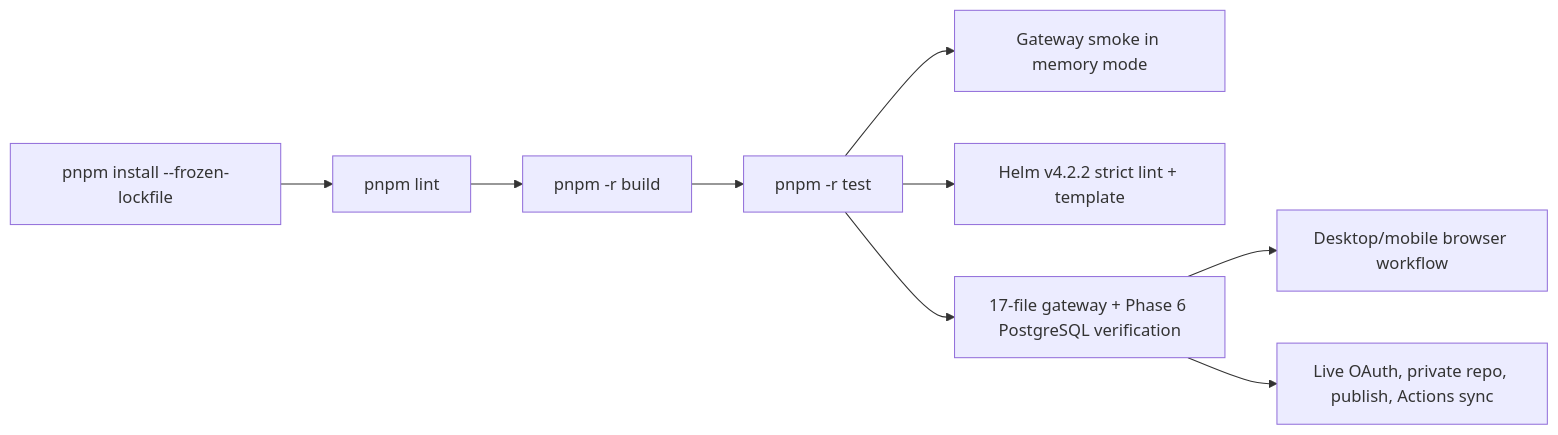
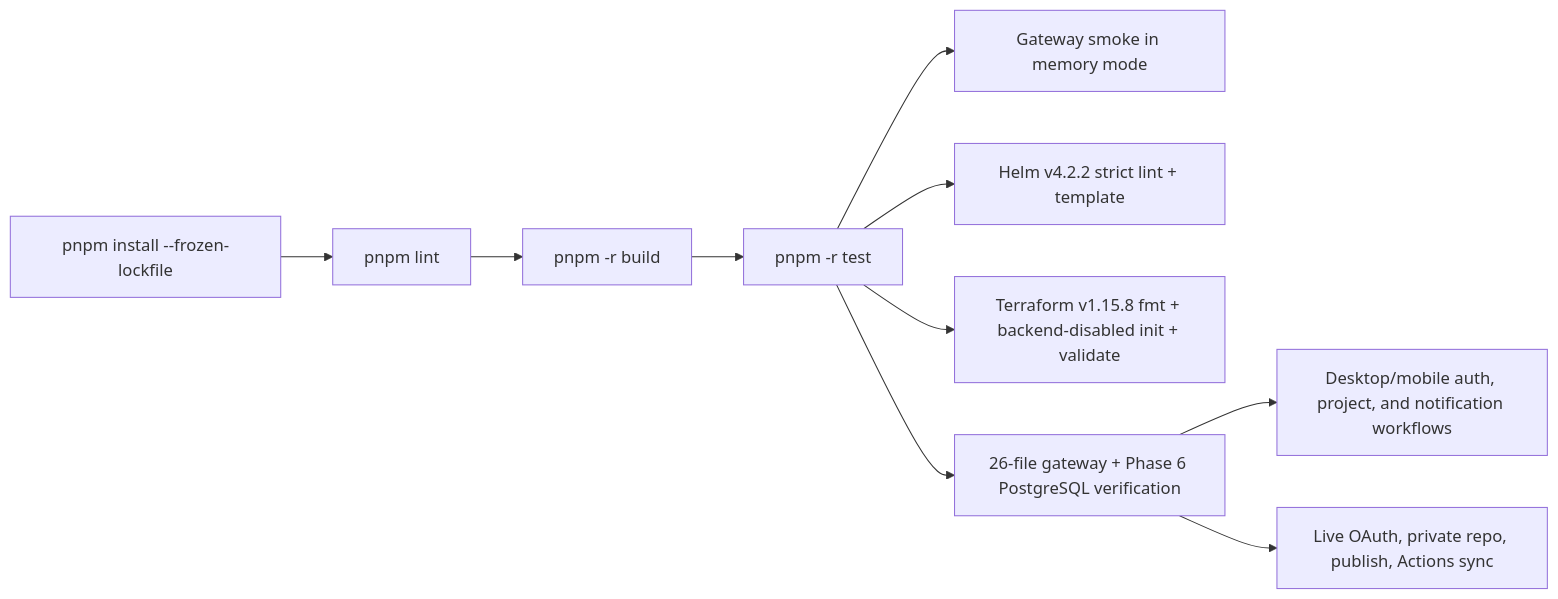
Before and after one commit to devkumarbaheti2507/BuildSphere: the tenth of 10 diagrams in docs/15_PROJECT_KNOWLEDGE_GRAPH.md, drawn with Mermaid. The commit also changed other lines of this file and 55 other files, not shown here.

Commit message:
feat: complete Phase 8 Terraform generation and notification UX

````diff
--- a/docs/15_PROJECT_KNOWLEDGE_GRAPH.md
+++ b/docs/15_PROJECT_KNOWLEDGE_GRAPH.md
@@ -554,11 +580,12 @@
 ```mermaid
 flowchart LR
   Install[pnpm install --frozen-lockfile] --> Lint[pnpm lint]
   Lint --> Build[pnpm -r build]
   Build --> Tests[pnpm -r test]
   Tests --> MemorySmoke[Gateway smoke in memory mode]
   Tests --> HelmLint[Helm v4.2.2 strict lint + template]
-  Tests --> PostgresSmoke[17-file gateway + Phase 6 PostgreSQL verification]
-  PostgresSmoke --> Browser[Desktop/mobile browser workflow]
+  Tests --> TerraformValidate[Terraform v1.15.8 fmt + backend-disabled init + validate]
+  Tests --> PostgresSmoke[26-file gateway + Phase 6 PostgreSQL verification]
+  PostgresSmoke --> Browser[Desktop/mobile auth, project, and notification workflows]
   PostgresSmoke --> LiveGitHub[Live OAuth, private repo, publish, Actions sync]
 ```
````
